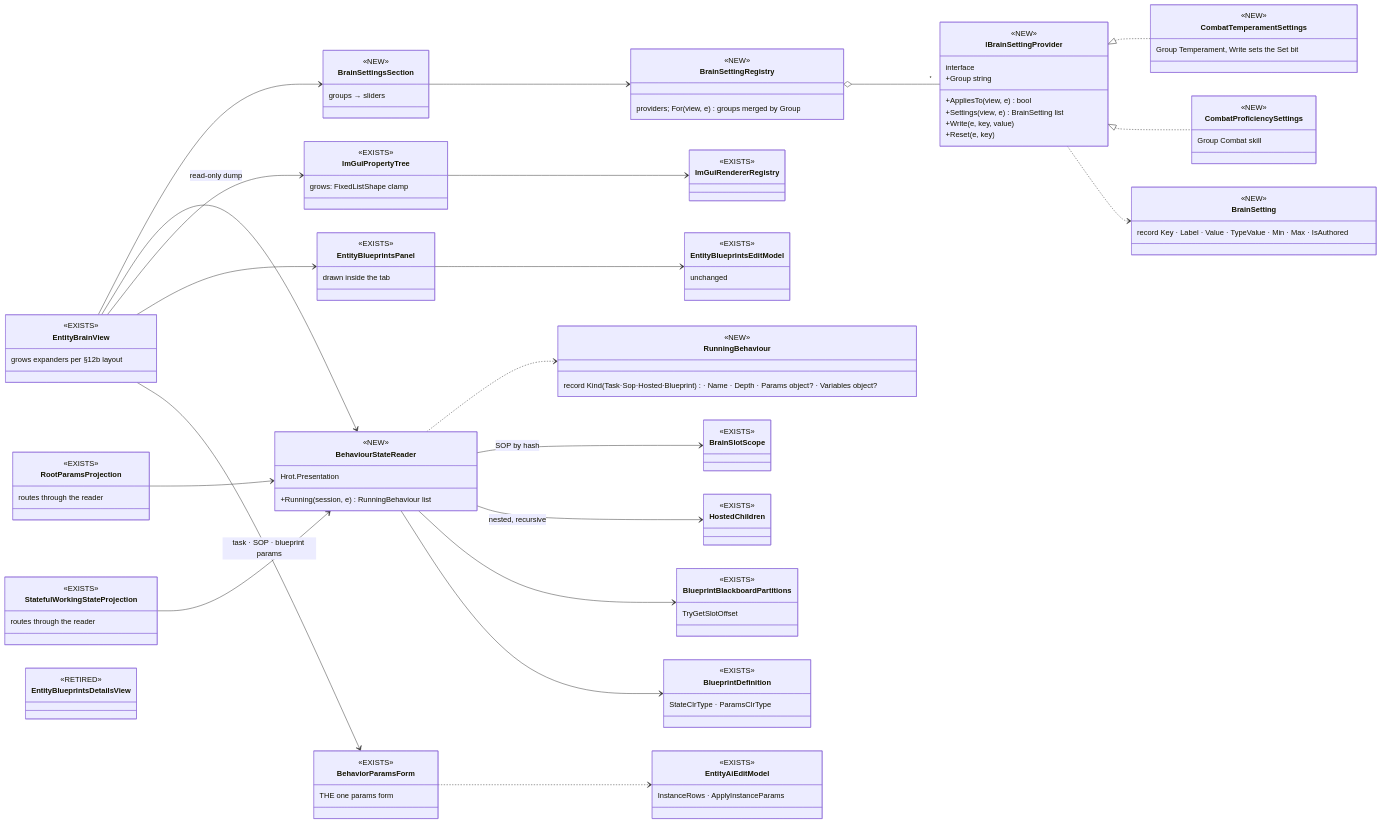
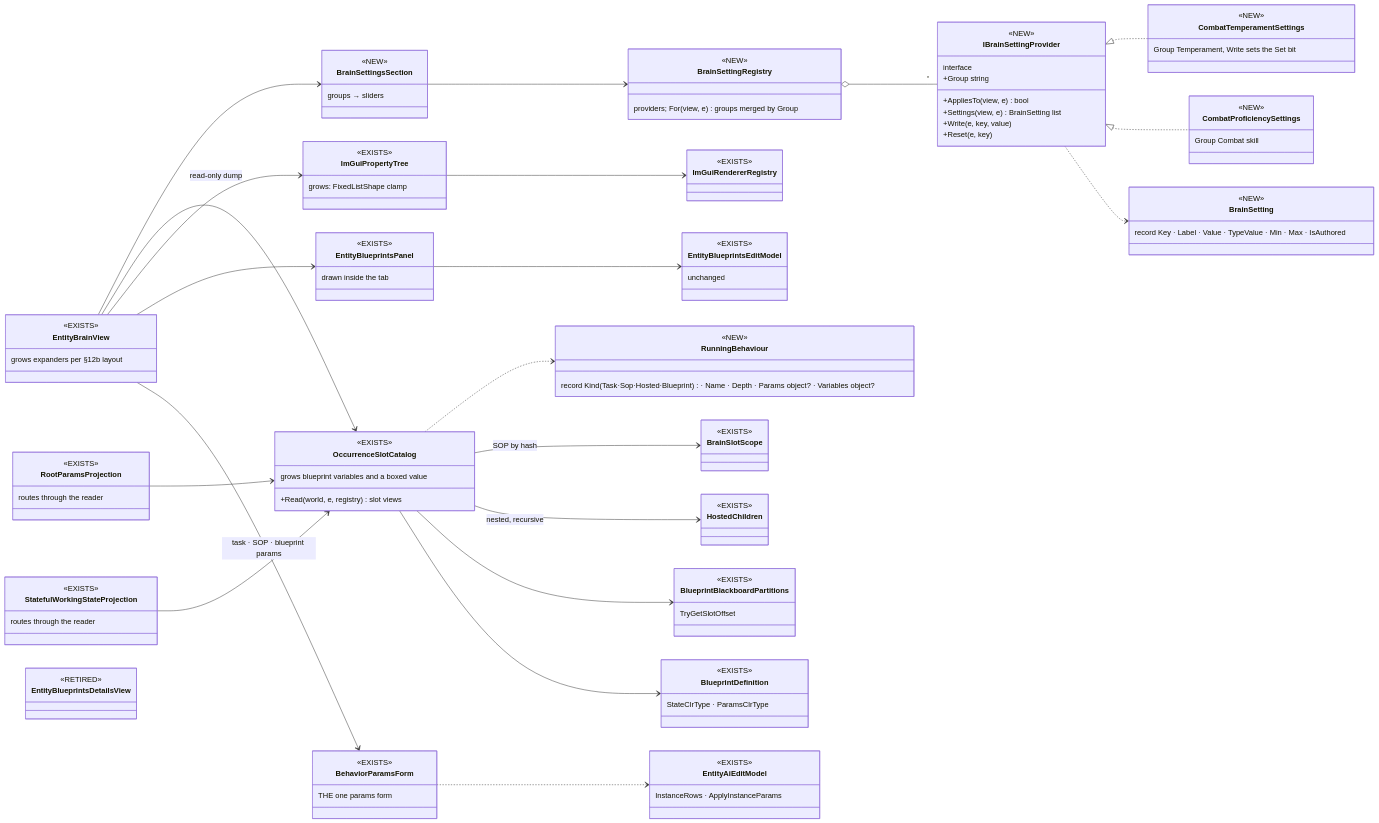
Before and after one commit to pjanec/HROT: diagram 11 of 15 in docs/DESIGN_Entity_Brain_View.md, drawn with Mermaid. The commit also changed other lines of this file and 1 other file, not shown here.

Commit message:
Brain View BV-44 corrected: the shared reader is the EXISTING OccurrenceSlotCatalog (CE-2288), not a new class
Found while answering the what-if question: GET /entities/{id}/slots already decodes every
occurrence slot (task, SOP, paused task, hosted children). The tab and the inspector route
through it; it grows blueprint variables and a boxed value. Diagrams and CE-1315 updated.

Claude-Session: https://claude.ai/code/session_01LUo7ZUvjqJtXwv1B39x11y

```diff
--- a/docs/DESIGN_Entity_Brain_View.md
+++ b/docs/DESIGN_Entity_Brain_View.md
@@ -659,10 +659,10 @@
     <<NEW>>
     providers; For(view, e) groups merged by Group
   }
-  class BehaviourStateReader {
-    <<NEW>>
-    Hrot.Presentation
-    +Running(session, e) RunningBehaviour list
+  class OccurrenceSlotCatalog {
+    <<EXISTS>>
+    grows blueprint variables and a boxed value
+    +Read(world, e, registry) slot views
   }
   class RunningBehaviour {
     <<NEW>>
@@ -722,14 +722,14 @@
   IBrainSettingProvider <|.. CombatTemperamentSettings
   IBrainSettingProvider <|.. CombatProficiencySettings
   IBrainSettingProvider ..> BrainSetting
-  EntityBrainView --> BehaviourStateReader
-  BehaviourStateReader ..> RunningBehaviour
-  BehaviourStateReader --> BrainSlotScope : SOP by hash
-  BehaviourStateReader --> HostedChildren : nested, recursive
-  BehaviourStateReader --> BlueprintBlackboardPartitions
-  BehaviourStateReader --> BlueprintDefinition
-  RootParamsProjection --> BehaviourStateReader
-  StatefulWorkingStateProjection --> BehaviourStateReader
+  EntityBrainView --> OccurrenceSlotCatalog
+  OccurrenceSlotCatalog ..> RunningBehaviour
+  OccurrenceSlotCatalog --> BrainSlotScope : SOP by hash
+  OccurrenceSlotCatalog --> HostedChildren : nested, recursive
+  OccurrenceSlotCatalog --> BlueprintBlackboardPartitions
+  OccurrenceSlotCatalog --> BlueprintDefinition
+  RootParamsProjection --> OccurrenceSlotCatalog
+  StatefulWorkingStateProjection --> OccurrenceSlotCatalog
   EntityBrainView --> ImGuiPropertyTree : read-only dump
   ImGuiPropertyTree --> ImGuiRendererRegistry
   EntityBrainView --> EntityBlueprintsPanel
```
